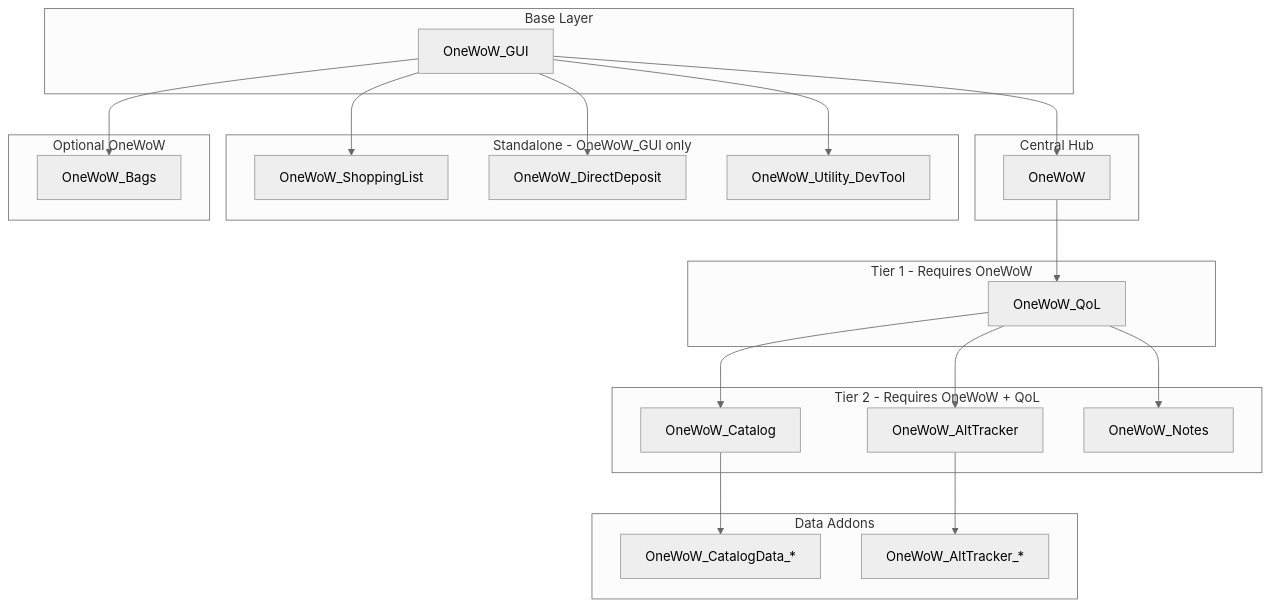
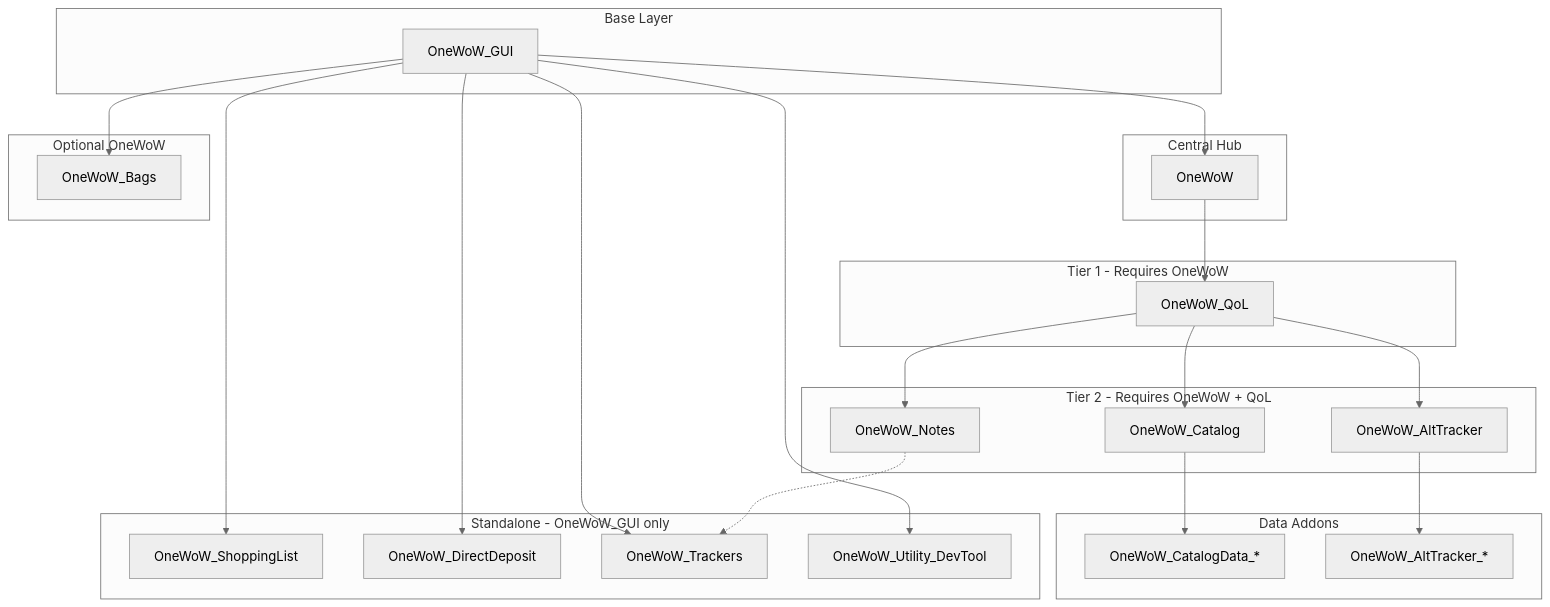
One commit to MichinMigugin/OneWoW_Suite changed the first of 3 diagrams in OneWoW_Architecture.md. Above: the diagram before and after it, drawn with Mermaid (neutral theme). The commit also changed other lines of this file, not shown here.

Commit message:
Update architecture doc to include OneWoW_Trackers as standalone addon
Added to dependency table and flowchart. Trackers depends on OneWoW_GUI,
optionally integrates with OneWoW and OneWoW_Notes via tab injection API
and one-time data migration.

````diff
--- a/OneWoW_Architecture.md
+++ b/OneWoW_Architecture.md
@@ -9,47 +9,50 @@
 ```mermaid
 flowchart TB
     subgraph Base [Base Layer]
         GUI[OneWoW_GUI]
     end
 
     subgraph Hub [Central Hub]
         OW[OneWoW]
     end
 
     subgraph Tier1 [Tier 1 - Requires OneWoW]
         QoL[OneWoW_QoL]
     end
 
     subgraph Tier2 [Tier 2 - Requires OneWoW + QoL]
         Catalog[OneWoW_Catalog]
         AltTracker[OneWoW_AltTracker]
         Notes[OneWoW_Notes]
     end
 
     subgraph Standalone [Standalone - OneWoW_GUI only]
         ShoppingList[OneWoW_ShoppingList]
         DirectDeposit[OneWoW_DirectDeposit]
+        Trackers[OneWoW_Trackers]
         DevTool[OneWoW_Utility_DevTool]
     end
 
     subgraph Optional [Optional OneWoW]
         Bags[OneWoW_Bags]
     end
 
     subgraph Data [Data Addons]
         CatalogData[OneWoW_CatalogData_*]
         AltTrackerData[OneWoW_AltTracker_*]
     end
 
     GUI --> OW
     OW --> QoL
     QoL --> Catalog
     QoL --> AltTracker
     QoL --> Notes
     GUI --> ShoppingList
     GUI --> DirectDeposit
+    GUI --> Trackers
     GUI --> DevTool
     GUI --> Bags
+    Notes -.-> Trackers
     Catalog --> CatalogData
     AltTracker --> AltTrackerData
 ```
````
